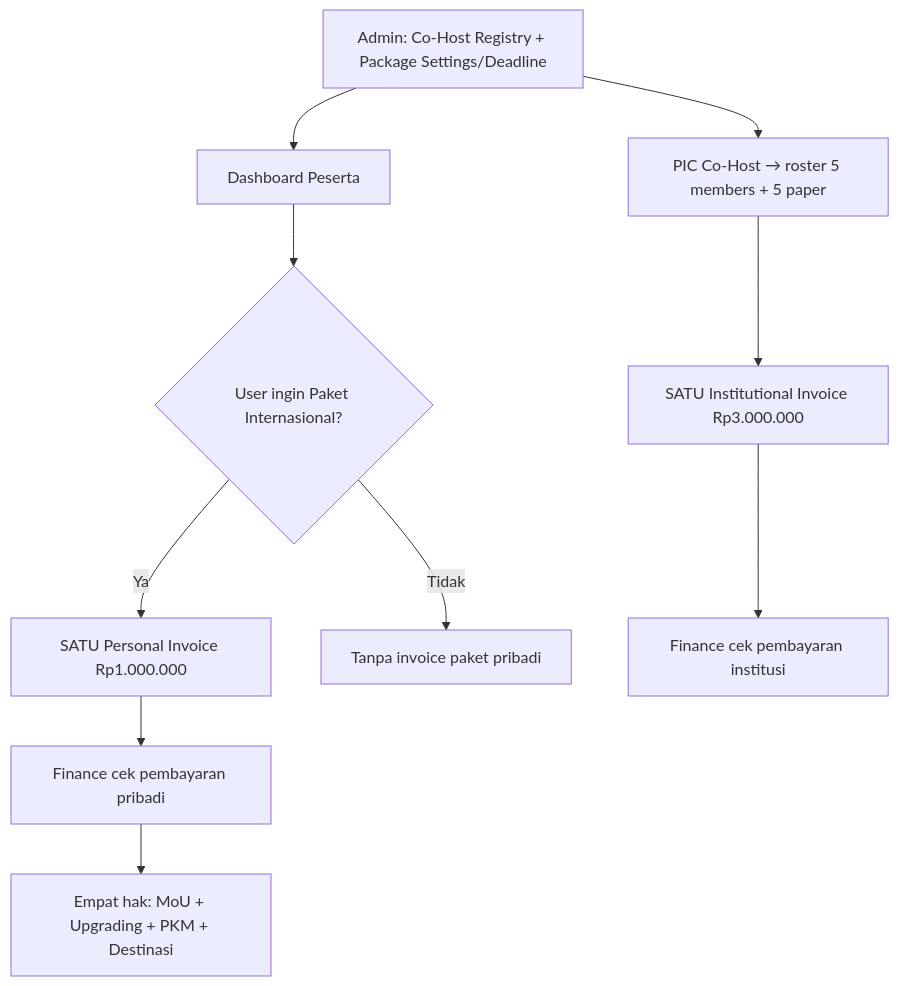
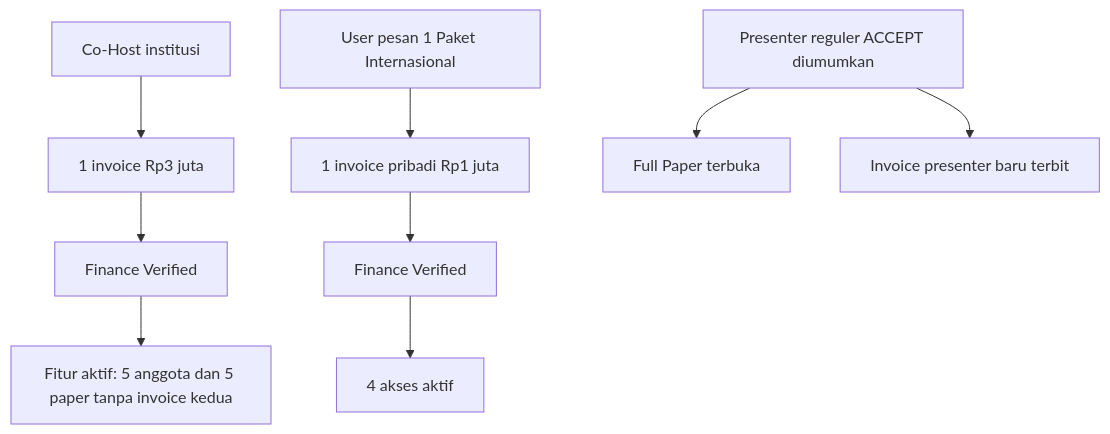
Before and after one commit to akhmadafnan/iches-unisya: the first of 17 diagrams in docs/00-PRESENTASI-WAREK-I.md, drawn with Mermaid. The commit also changed other lines of this file and 7 other files, not shown here.

Commit message:
docs: synchronize Finance decisions across Co-Host, package, TOR presentation and decision register

````diff
--- a/docs/00-PRESENTASI-WAREK-I.md
+++ b/docs/00-PRESENTASI-WAREK-I.md
@@ -14,12 +16,11 @@
 ```mermaid
 flowchart TD
-  A["Admin: Co-Host Registry + Package Settings/Deadline"] --> I["PIC Co-Host → roster 5 members + 5 paper"]
-  I --> CI["SATU Institutional Invoice Rp3.000.000"]
-  A --> D["Dashboard Peserta"]
-  D --> U{"User ingin Paket Internasional?"}
-  U -->|Ya| PI["SATU Personal Invoice Rp1.000.000"]
-  U -->|Tidak| NO["Tanpa invoice paket pribadi"]
-  PI --> F["Finance cek pembayaran pribadi"]
-  F --> H["Empat hak: MoU + Upgrading + PKM + Destinasi"]
-  CI --> IF["Finance cek pembayaran institusi"]
+  I["Co-Host institusi"] --> CI["1 invoice Rp3 juta"]
+  CI --> CF["Finance Verified"]
+  CF --> CH["Fitur aktif: 5 anggota dan 5 paper tanpa invoice kedua"]
+  U["User pesan 1 Paket Internasional"] --> PI["1 invoice pribadi Rp1 juta"]
+  PI --> PF["Finance Verified"]
+  PF --> PK["4 akses aktif"]
+  A["Presenter reguler ACCEPT diumumkan"] --> FP["Full Paper terbuka"]
+  A --> PR["Invoice presenter baru terbit"]
 ```
````
